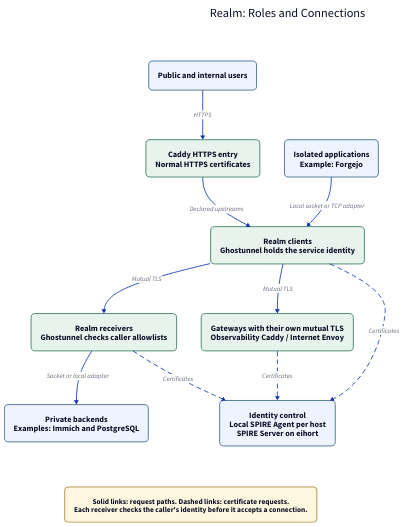
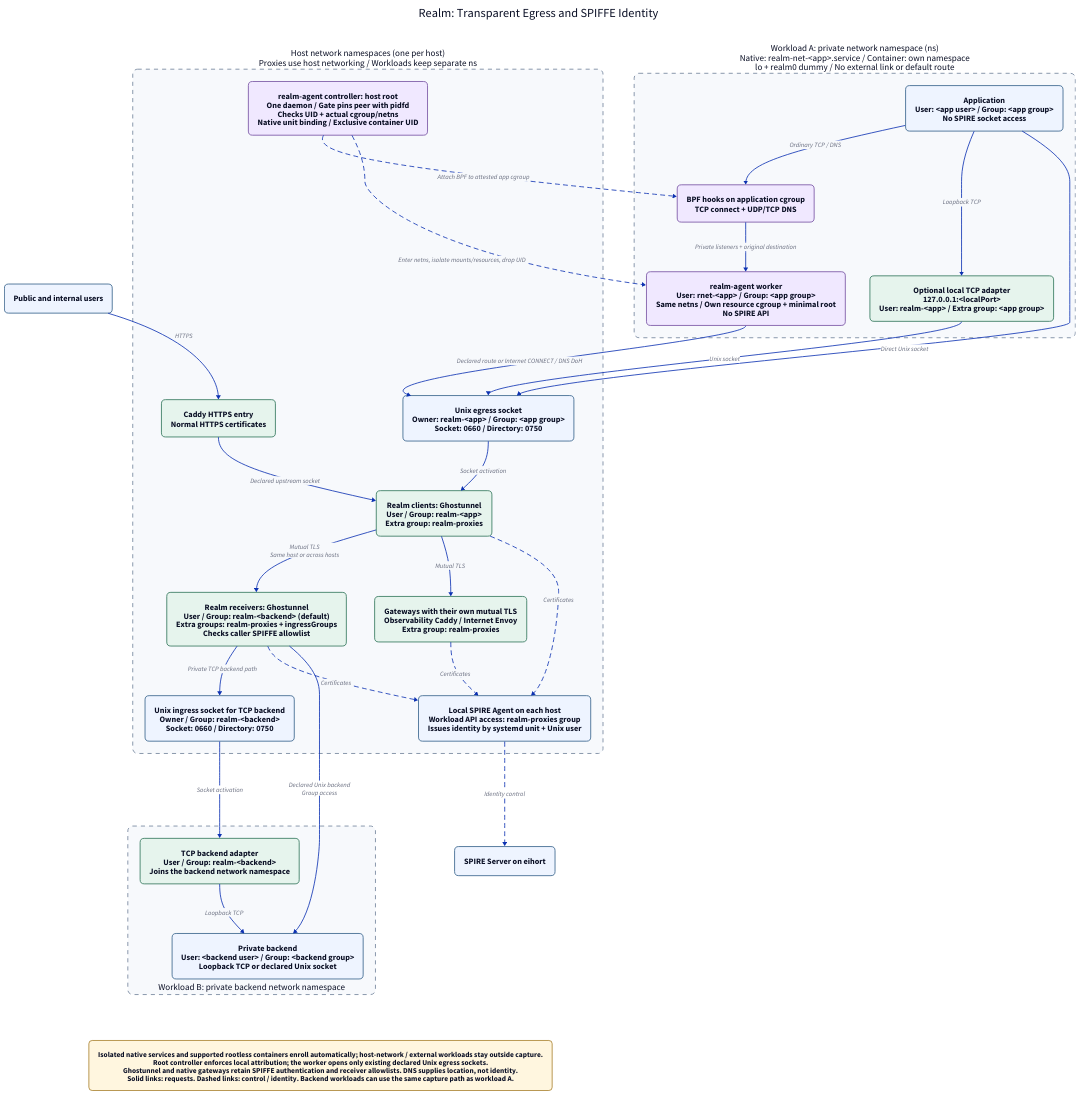
The diagram in repos/oluceps/layout/realm-overview.d2 (nix-community/nur-combined), drawn with D2 before and after one commit. The commit also changed 61 other files, not shown here.

```diff
--- a/repos/oluceps/layout/realm-overview.d2
+++ b/repos/oluceps/layout/realm-overview.d2
@@ -1,31 +1,68 @@
 direction: down
 vars: { d2-config: { theme-id: 0 } }
 classes: {
   node: { style: { fill: "#eef4ff"; stroke: "#37628b"; border-radius: 10; font-size: 20 } }
   gateway: { style: { fill: "#e6f4ed"; stroke: "#31765b"; border-radius: 10; font-size: 20 } }
+  agent: { style: { fill: "#f0e8ff"; stroke: "#7652a2"; border-radius: 10; font-size: 20 } }
   note: { style: { fill: "#fff6df"; stroke: "#aa8330"; border-radius: 8; font-size: 18 } }
+  namespace: { style: { fill: "#f7f9fc"; stroke: "#71839b"; stroke-dash: 5; border-radius: 12; font-size: 22 } }
 }
-title: "Realm: Roles and Connections" { shape: text; style.font-size: 30 }
+title: "Realm: Transparent Egress and SPIFFE Identity" { shape: text; style.font-size: 30 }
 users: "Public and internal users" { class: node }
-apps: "Isolated applications\nExample: Forgejo" { class: node }
-caddy: "Caddy HTTPS entry\nNormal HTTPS certificates" { class: gateway }
-clients: "Realm clients\nGhostunnel holds the service identity" { class: gateway }
-receivers: "Realm receivers\nGhostunnel checks caller allowlists" { class: gateway }
-backends: "Private backends\nExamples: Immich and PostgreSQL" { class: node }
-native: "Gateways with their own mutual TLS\nObservability Caddy / Internet Envoy" { class: gateway }
-identity: "Identity control\nLocal SPIRE Agent per host\nSPIRE Server on eihort" { class: node }
-users -> caddy: "HTTPS"
-caddy -> clients: "Declared upstreams"
-apps -> clients: "Local socket or TCP adapter"
-clients -> receivers: "Mutual TLS"
-receivers -> backends: "Socket or local adapter"
-clients -> native: "Mutual TLS"
-clients -> identity: "Certificates" { style.stroke-dash: 5 }
-receivers -> identity: "Certificates" { style.stroke-dash: 5 }
-native -> identity: "Certificates" { style.stroke-dash: 5 }
-note: "Solid links: request paths. Dashed links: certificate requests.\nEach receiver checks the caller's identity before it accepts a connection." { class: note }
+
+app_ns: "Workload A: private network namespace (ns)\nNative: realm-net-<app>.service / Container: own namespace\nlo + realm0 dummy / No external link or default route" {
+  class: namespace
+  app: "Application\nUser: <app user> / Group: <app group>\nNo SPIRE socket access" { class: node }
+  capture: "BPF hooks on application cgroup\nTCP connect + UDP/TCP DNS" { class: agent }
+  worker: "realm-agent worker\nUser: rnet-<app> / Group: <app group>\nSame netns / Own resource cgroup + minimal root\nNo SPIRE API" { class: agent }
+  app -> capture: "Ordinary TCP / DNS"
+  capture -> worker: "Private listeners + original destination"
+  adapter: "Optional local TCP adapter\n127.0.0.1:<localPort>\nUser: realm-<app> / Extra group: <app group>" { class: gateway }
+  app -> adapter: "Loopback TCP"
+}
+
+host_ns: "Host network namespaces (one per host)\nProxies use host networking / Workloads keep separate ns" {
+  class: namespace
+  caddy: "Caddy HTTPS entry\nNormal HTTPS certificates" { class: gateway }
+  egress: "Unix egress socket\nOwner: realm-<app> / Group: <app group>\nSocket: 0660 / Directory: 0750" { class: node }
+  clients: "Realm clients: Ghostunnel\nUser / Group: realm-<app>\nExtra group: realm-proxies" { class: gateway }
+  receivers: "Realm receivers: Ghostunnel\nUser / Group: realm-<backend> (default)\nExtra groups: realm-proxies + ingressGroups\nChecks caller SPIFFE allowlist" { class: gateway }
+  ingress: "Unix ingress socket for TCP backend\nOwner / Group: realm-<backend>\nSocket: 0660 / Directory: 0750" { class: node }
+  native: "Gateways with their own mutual TLS\nObservability Caddy / Internet Envoy\nExtra group: realm-proxies" { class: gateway }
+  controller: "realm-agent controller: host root\nOne daemon / Gate pins peer with pidfd\nChecks UID + actual cgroup/netns\nNative unit binding / Exclusive container UID" { class: agent }
+  agent: "Local SPIRE Agent on each host\nWorkload API access: realm-proxies group\nIssues identity by systemd unit + Unix user" { class: node }
+  caddy -> clients: "Declared upstream socket"
+  egress -> clients: "Socket activation"
+  clients -> receivers: "Mutual TLS\nSame host or across hosts"
+  receivers -> ingress: "Private TCP backend path"
+  clients -> native: "Mutual TLS"
+  clients -> agent: "Certificates" { style.stroke-dash: 5 }
+  receivers -> agent: "Certificates" { style.stroke-dash: 5 }
+  native -> agent: "Certificates" { style.stroke-dash: 5 }
+}
+
+backend_ns: "Workload B: private backend network namespace" {
+  class: namespace
+  label.near: bottom-center
+  adapter: "TCP backend adapter\nUser / Group: realm-<backend>\nJoins the backend network namespace" { class: gateway }
+  backend: "Private backend\nUser: <backend user> / Group: <backend group>\nLoopback TCP or declared Unix socket" { class: node }
+  adapter -> backend: "Loopback TCP"
+}
+server: "SPIRE Server on eihort" { class: node }
+
+users -> host_ns.caddy: "HTTPS"
+app_ns.app -> host_ns.egress: "Direct Unix socket"
+app_ns.adapter -> host_ns.egress: "Unix socket"
+app_ns.worker -> host_ns.egress: "Declared route or Internet CONNECT / DNS DoH"
+host_ns.controller -> app_ns.capture: "Attach BPF to attested app cgroup" { style.stroke-dash: 5 }
+host_ns.controller -> app_ns.worker: "Enter netns, isolate mounts/resources, drop UID" { style.stroke-dash: 5 }
+host_ns.ingress -> backend_ns.adapter: "Socket activation"
+host_ns.receivers -> backend_ns.backend: "Declared Unix backend\nGroup access"
+host_ns.agent -> server: "Identity control" { style.stroke-dash: 5 }
+
+note: "Isolated native services and supported rootless containers enroll automatically; host-network / external workloads stay outside capture.\nRoot controller enforces local attribution; the worker opens only existing declared Unix egress sockets.\nGhostunnel and native gateways retain SPIFFE authentication and receiver allowlists. DNS supplies location, not identity.\nSolid links: requests. Dashed links: control / identity. Backend workloads can use the same capture path as workload A." { class: note }
 # Invisible edges arrange the title and note.
 title -> users: { style.opacity: 0 }
-title -> apps: { style.opacity: 0 }
-backends -> note: { style.opacity: 0 }
-identity -> note: { style.opacity: 0 }
+title -> app_ns: { style.opacity: 0 }
+backend_ns -> note: { style.opacity: 0 }
+server -> note: { style.opacity: 0 }
```
